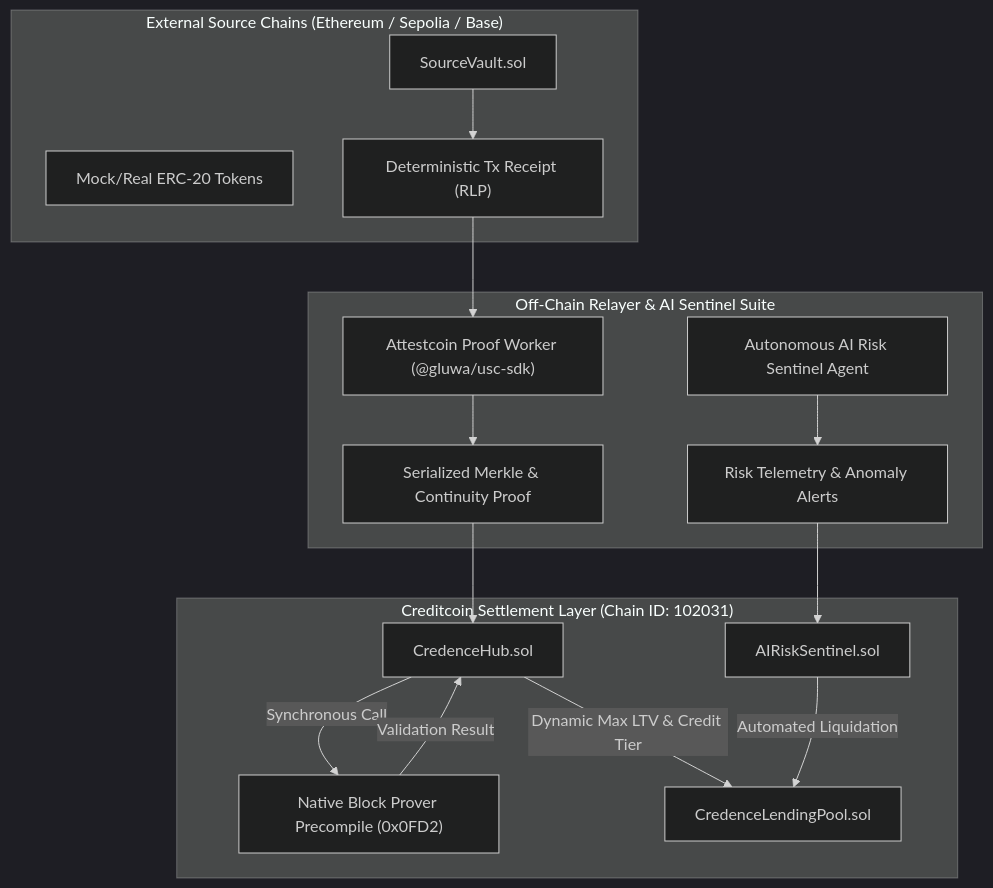
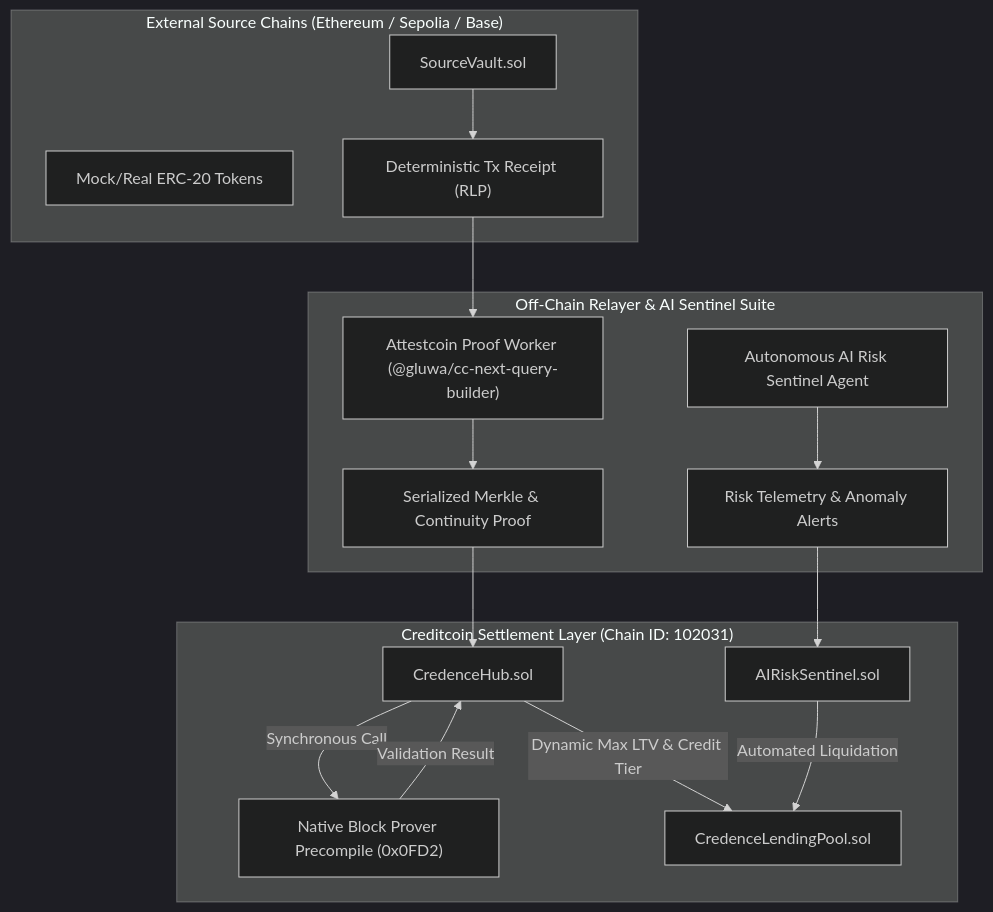
The diagram in docs/ARCHITECTURE.md (mateojkk/credence), drawn with Mermaid (dark theme) before and after one commit. The commit also changed other lines of this file and 5 other files, not shown here.

````diff
--- a/docs/ARCHITECTURE.md
+++ b/docs/ARCHITECTURE.md
@@ -3,31 +3,31 @@
 ```mermaid
 graph TB
     subgraph ExternalChains ["External Source Chains (Ethereum / Sepolia / Base)"]
         SV["SourceVault.sol"]
         ERC["Mock/Real ERC-20 Tokens"]
         TX["Deterministic Tx Receipt (RLP)"]
         SV --> TX
     end
 
     subgraph OffChainLayer ["Off-Chain Relayer & AI Sentinel Suite"]
-        Worker["Attestcoin Proof Worker (@gluwa/usc-sdk)"]
+        Worker["Attestcoin Proof Worker (@gluwa/cc-next-query-builder)"]
         AI["Autonomous AI Risk Sentinel Agent"]
         TX --> Worker
         Worker --> Proof["Serialized Merkle & Continuity Proof"]
         AI --> Telemetry["Risk Telemetry & Anomaly Alerts"]
     end
 
     subgraph CreditcoinLayer ["Creditcoin Settlement Layer (Chain ID: 102031)"]
         Hub["CredenceHub.sol"]
         Precompile["Native Block Prover Precompile (0x0FD2)"]
         Pool["CredenceLendingPool.sol"]
         Sentinel["AIRiskSentinel.sol"]
 
         Proof --> Hub
         Hub -->|Synchronous Call| Precompile
         Precompile -->|Validation Result| Hub
         Hub -->|Dynamic Max LTV & Credit Tier| Pool
         Telemetry --> Sentinel
         Sentinel -->|Automated Liquidation| Pool
     end
 ```
````
